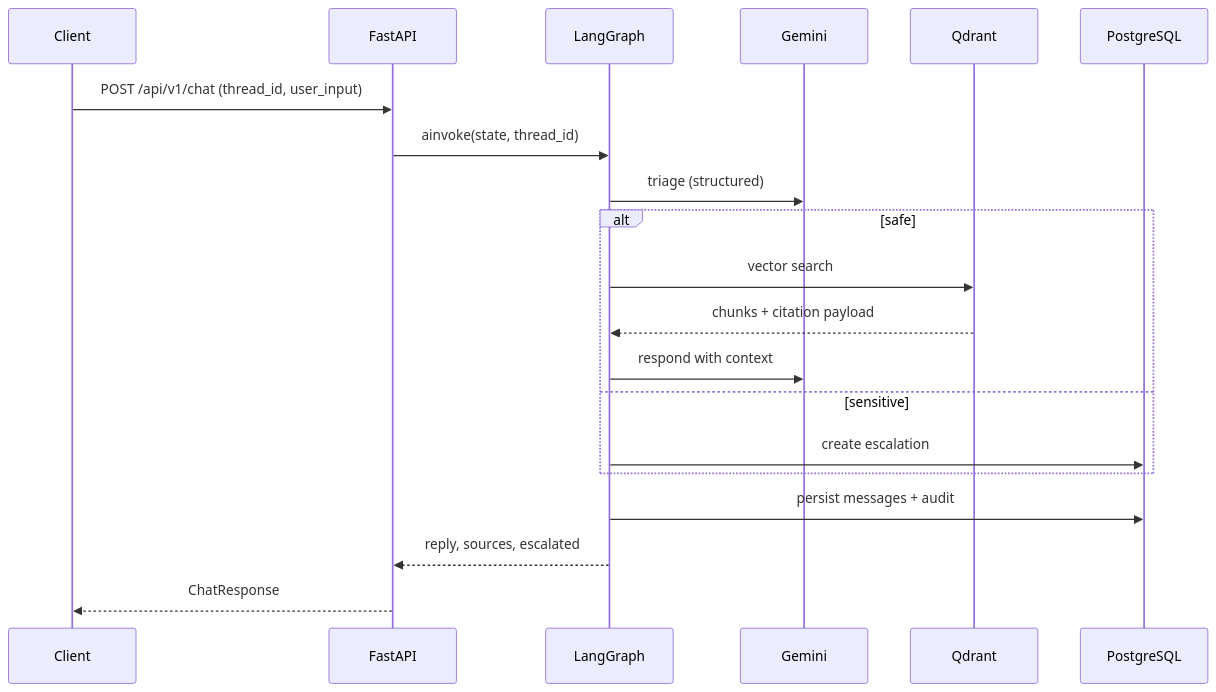
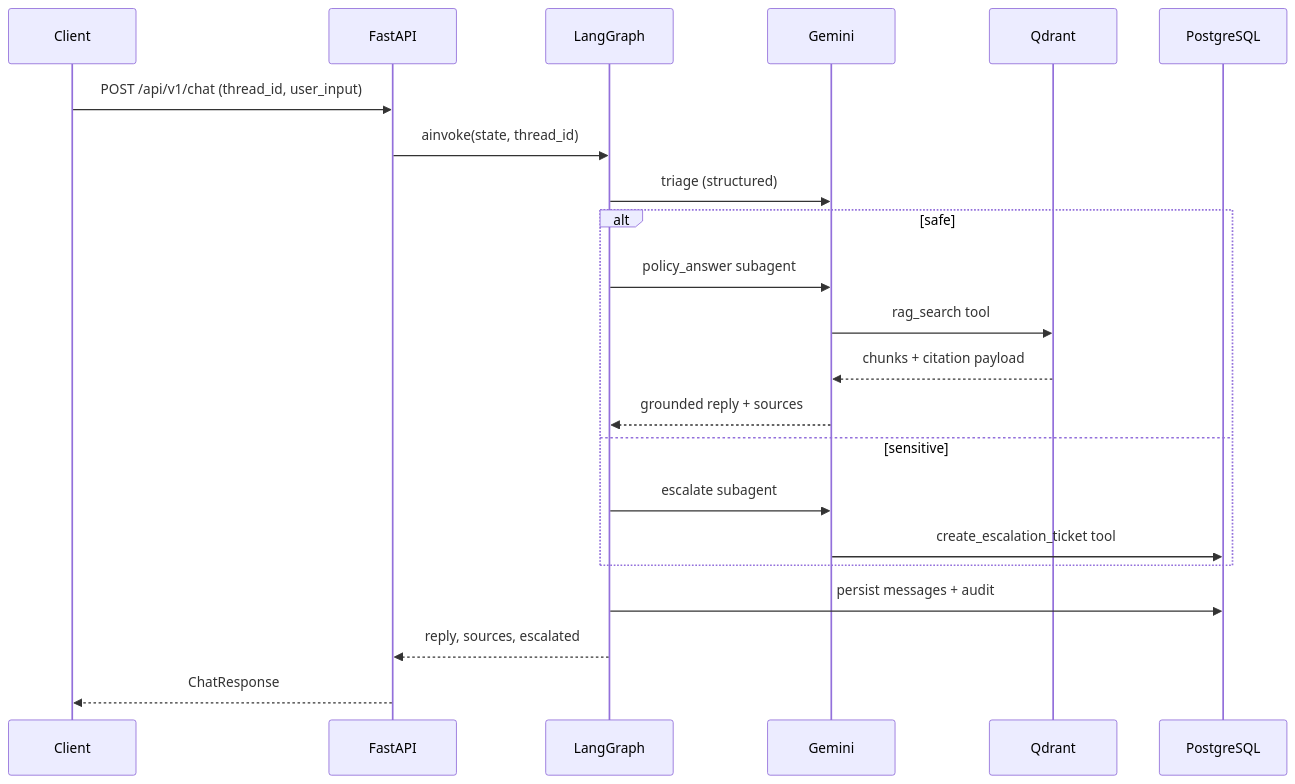
Before and after one commit to Abdul-Mohaimin-099/Internal-HR-Policy-Chatbot: the diagram in README.md, drawn with Mermaid. The commit also changed other lines of this file and 19 other files, not shown here.

Commit message:
Refactor chat to subagents/tools with rag_search, add escalation human-in-the-loop APIs and return chat replies as text + json.

````diff
--- a/README.md
+++ b/README.md
@@ -141,23 +140,25 @@
 ```mermaid
 sequenceDiagram
     participant C as Client
     participant API as FastAPI
     participant G as LangGraph
     participant LLM as Gemini
     participant Q as Qdrant
     participant DB as PostgreSQL
 
     C->>API: POST /api/v1/chat (thread_id, user_input)
     API->>G: ainvoke(state, thread_id)
     G->>LLM: triage (structured)
     alt safe
-        G->>Q: vector search
-        Q-->>G: chunks + citation payload
-        G->>LLM: respond with context
+        G->>LLM: policy_answer subagent
+        LLM->>Q: rag_search tool
+        Q-->>LLM: chunks + citation payload
+        LLM-->>G: grounded reply + sources
     else sensitive
-        G->>DB: create escalation
+        G->>LLM: escalate subagent
+        LLM->>DB: create_escalation_ticket tool
     end
     G->>DB: persist messages + audit
     G-->>API: reply, sources, escalated
     API-->>C: ChatResponse
 ```
````
